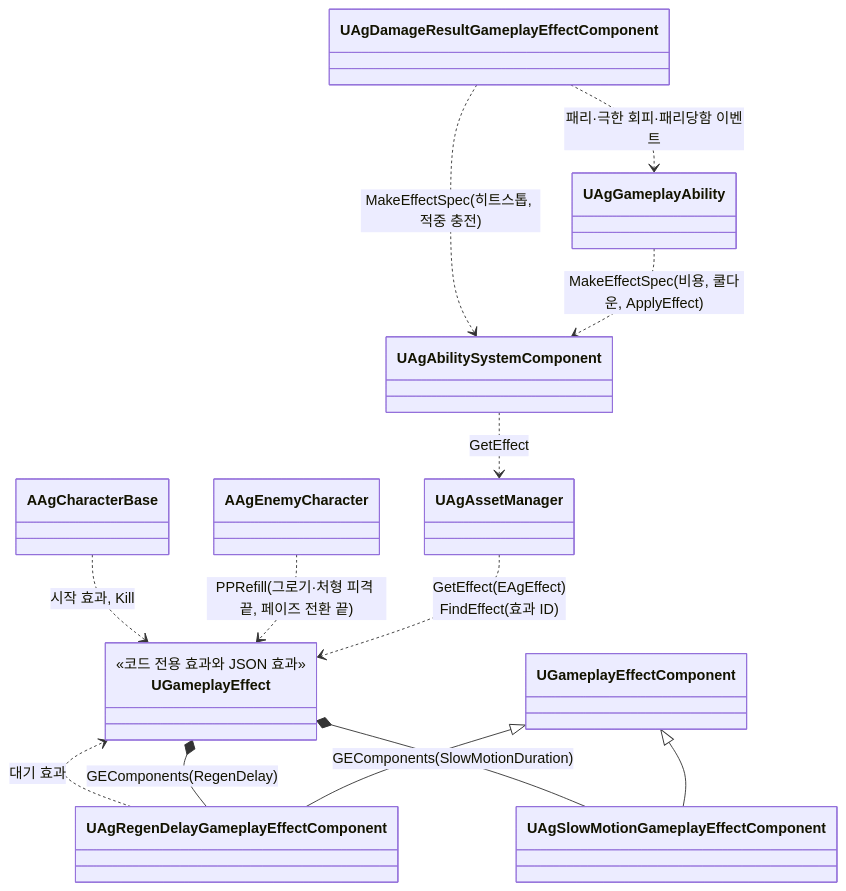
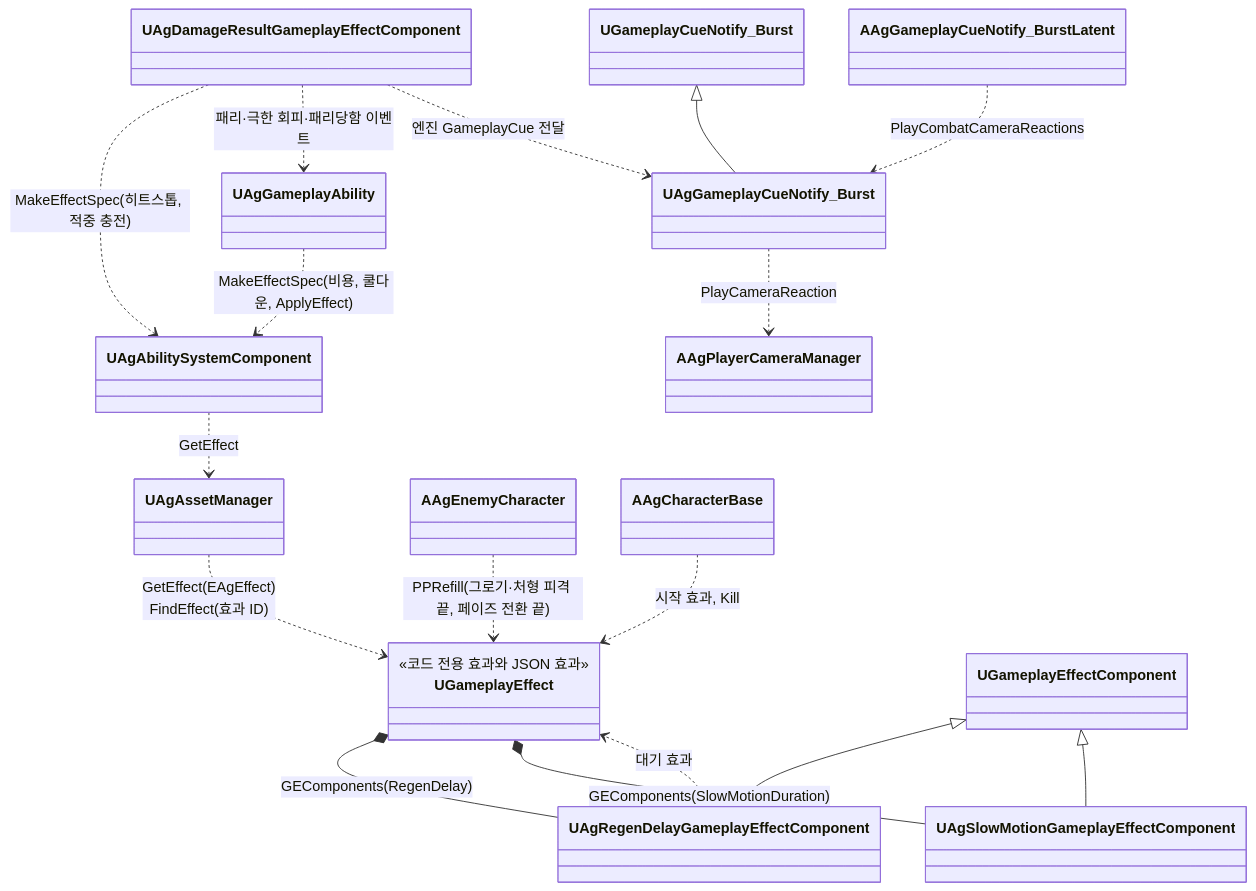
The fifth of 5 diagrams in Docs/Architecture/캐릭터 기반 구조와 GAS.md (Woogl/Ag), drawn with Mermaid before and after one commit. The commit also changed other lines of this file and 38 other files, not shown here.

Commit message:
카메라 책임 분리와 GameplayCue 연출 통합 및 기획 정리

````diff
--- a/Docs/Architecture/캐릭터 기반 구조와 GAS.md
+++ b/Docs/Architecture/캐릭터 기반 구조와 GAS.md
@@ -205,19 +217,23 @@
 ```mermaid
 classDiagram
     direction TB
     class UGameplayEffect {
         <<코드 전용 효과와 JSON 효과>>
     }
     UAgAssetManager ..> UGameplayEffect : GetEffect(EAgEffect)<br>FindEffect(효과 ID)
     UGameplayEffectComponent <|-- UAgRegenDelayGameplayEffectComponent
     UGameplayEffect *-- UAgRegenDelayGameplayEffectComponent : GEComponents(RegenDelay)
     UAgRegenDelayGameplayEffectComponent ..> UGameplayEffect : 대기 효과
     UGameplayEffectComponent <|-- UAgSlowMotionGameplayEffectComponent
     UGameplayEffect *-- UAgSlowMotionGameplayEffectComponent : GEComponents(SlowMotionDuration)
     UAgAbilitySystemComponent ..> UAgAssetManager : GetEffect
     UAgGameplayAbility ..> UAgAbilitySystemComponent : MakeEffectSpec(비용, 쿨다운, ApplyEffect)
     UAgDamageResultGameplayEffectComponent ..> UAgAbilitySystemComponent : MakeEffectSpec(히트스톱, 적중 충전)
     UAgDamageResultGameplayEffectComponent ..> UAgGameplayAbility : 패리·극한 회피·패리당함 이벤트
+    UGameplayCueNotify_Burst <|-- UAgGameplayCueNotify_Burst
+    UAgDamageResultGameplayEffectComponent ..> UAgGameplayCueNotify_Burst : 엔진 GameplayCue 전달
+    AAgGameplayCueNotify_BurstLatent ..> UAgGameplayCueNotify_Burst : PlayCombatCameraReactions
+    UAgGameplayCueNotify_Burst ..> AAgPlayerCameraManager : PlayCameraReaction
     AAgEnemyCharacter ..> UGameplayEffect : PPRefill(그로기·처형 피격 끝, 페이즈 전환 끝)
     AAgCharacterBase ..> UGameplayEffect : 시작 효과, Kill
 ```
````
